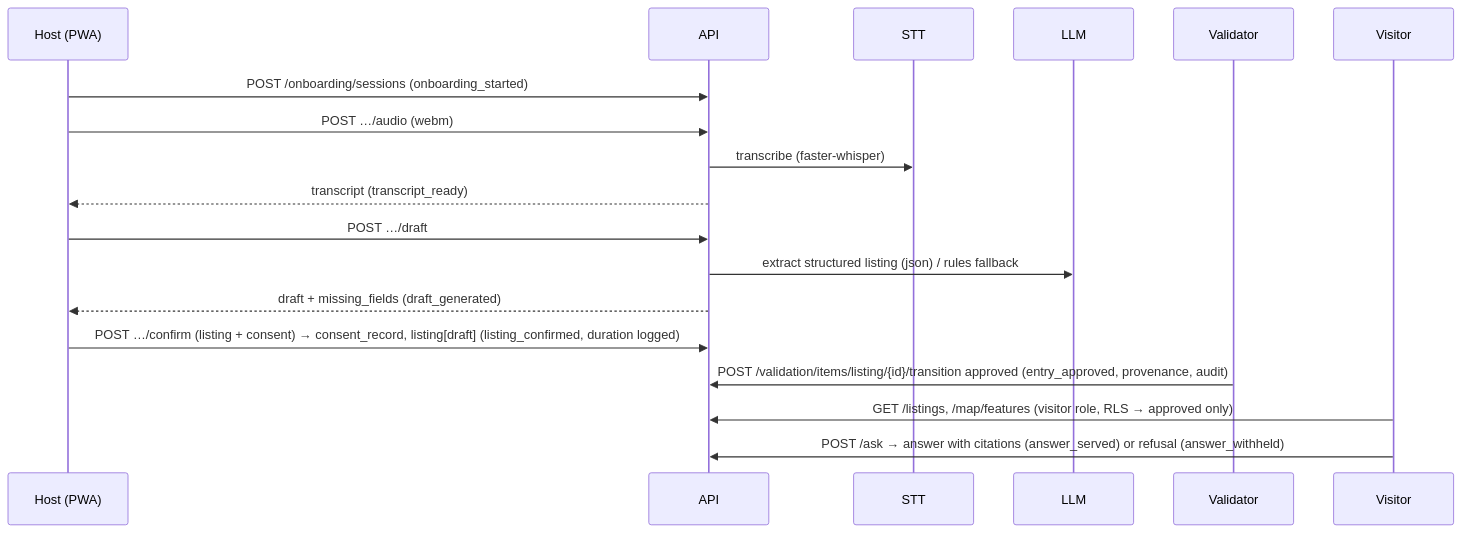
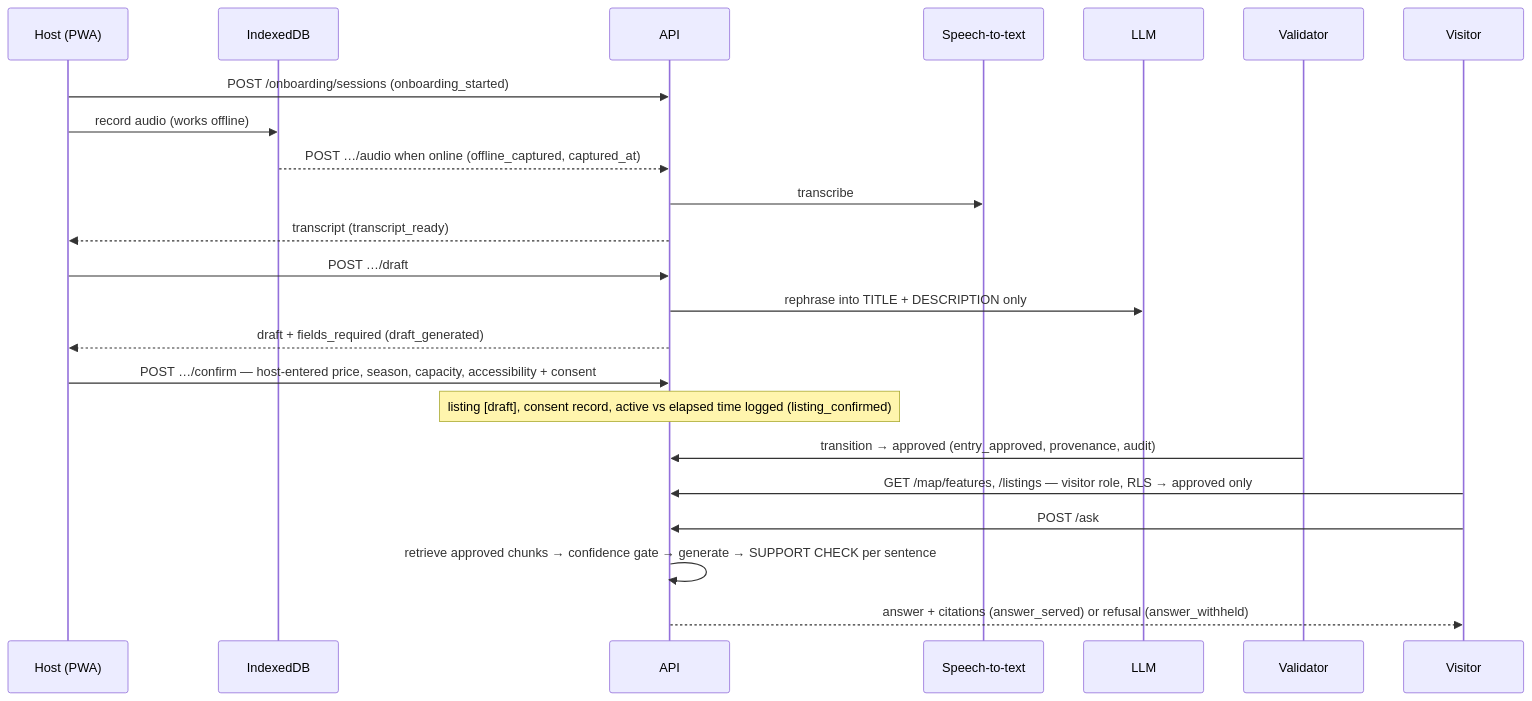
The second of 2 diagrams in vrmac-lh/docs/architecture.md (djuro112233/sportek), drawn with Mermaid before and after one commit. The commit also changed other lines of this file and 3 other files, not shown here.

First line of the commit message:
VRMAC-LH: architecture and security docs for the expanded brief

````diff
--- a/vrmac-lh/docs/architecture.md
+++ b/vrmac-lh/docs/architecture.md
@@ -69,20 +89,25 @@
 ```mermaid
 sequenceDiagram
   participant H as Host (PWA)
+  participant IDB as IndexedDB
   participant A as API
-  participant S as STT
+  participant S as Speech-to-text
   participant L as LLM
   participant V as Validator
   participant P as Visitor
   H->>A: POST /onboarding/sessions (onboarding_started)
-  H->>A: POST …/audio (webm)
-  A->>S: transcribe (faster-whisper)
+  H->>IDB: record audio (works offline)
+  IDB-->>A: POST …/audio when online (offline_captured, captured_at)
+  A->>S: transcribe
   A-->>H: transcript (transcript_ready)
   H->>A: POST …/draft
-  A->>L: extract structured listing (json) / rules fallback
-  A-->>H: draft + missing_fields (draft_generated)
-  H->>A: POST …/confirm (listing + consent) → consent_record, listing[draft] (listing_confirmed, duration logged)
-  V->>A: POST /validation/items/listing/{id}/transition approved (entry_approved, provenance, audit)
-  P->>A: GET /listings, /map/features (visitor role, RLS → approved only)
-  P->>A: POST /ask → answer with citations (answer_served) or refusal (answer_withheld)
+  A->>L: rephrase into TITLE + DESCRIPTION only
+  A-->>H: draft + fields_required (draft_generated)
+  H->>A: POST …/confirm — host-entered price, season, capacity, accessibility + consent
+  Note over A: listing [draft], consent record, active vs elapsed time logged (listing_confirmed)
+  V->>A: transition → approved (entry_approved, provenance, audit)
+  P->>A: GET /map/features, /listings — visitor role, RLS → approved only
+  P->>A: POST /ask
+  A->>A: retrieve approved chunks → confidence gate → generate → SUPPORT CHECK per sentence
+  A-->>P: answer + citations (answer_served) or refusal (answer_withheld)
 ```
````
